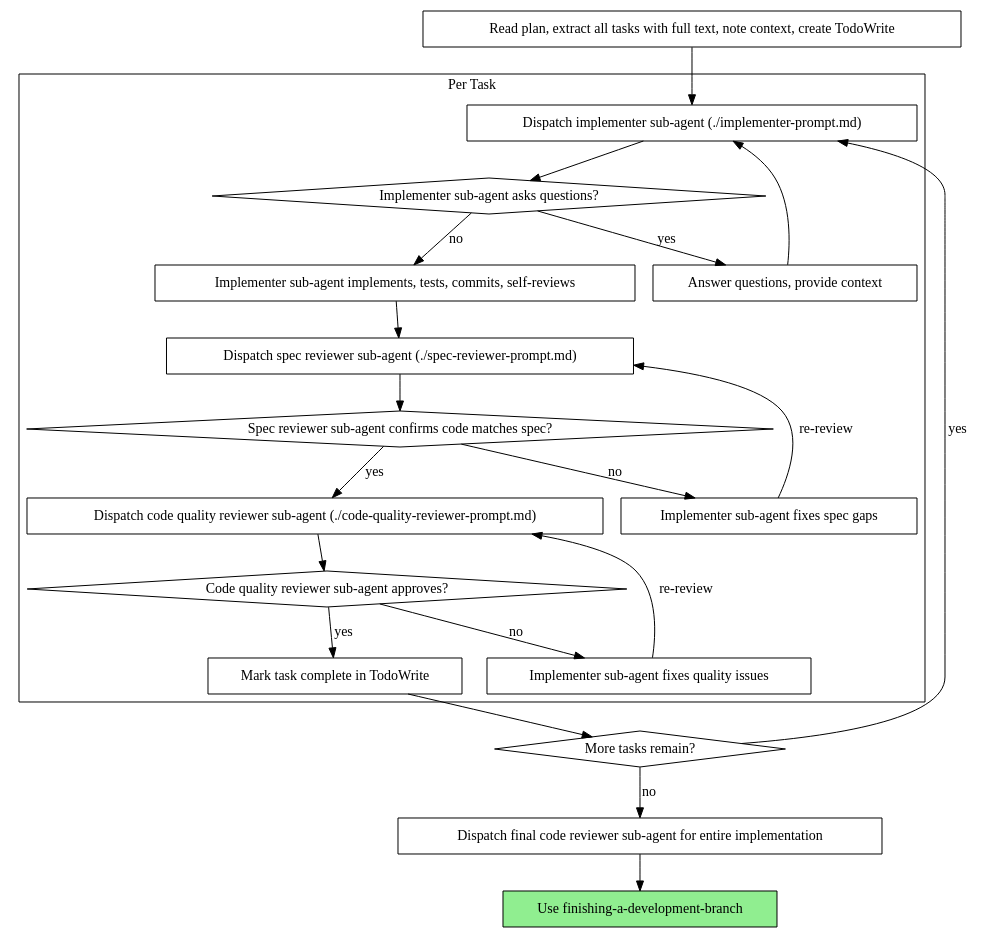
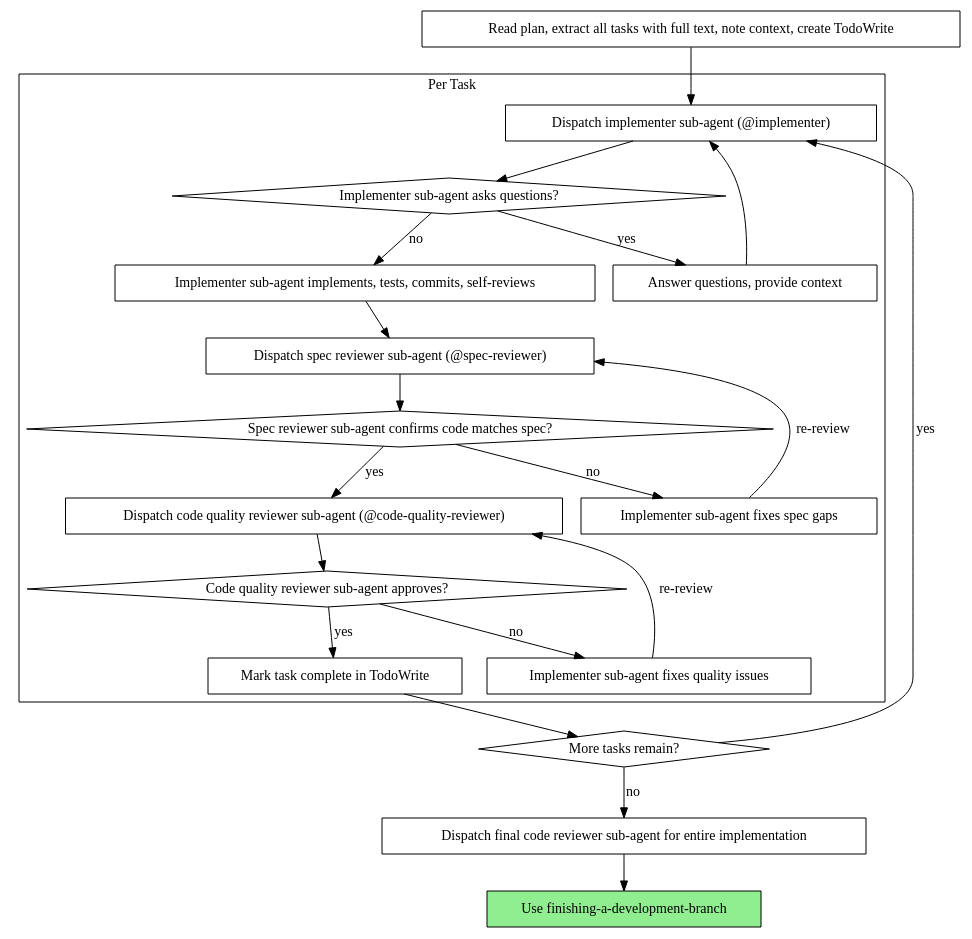
One commit to osmontero/opencode-skills changed the second of 2 diagrams in skills/subagent-driven-development/SKILL.md. Above: the diagram before and after it, drawn with Graphviz. The commit also changed other lines of this file and 15 other files, not shown here.

Commit message:
convert bundled agent templates to global agents (implementer, spec-reviewer, code-quality-reviewer, grader, comparator, analyzer) and update skills to reference them

````diff
--- a/skills/subagent-driven-development/SKILL.md
+++ b/skills/subagent-driven-development/SKILL.md
@@ -43,44 +43,44 @@
 ```dot
 digraph process {
     rankdir=TB;
 
     subgraph cluster_per_task {
         label="Per Task";
-        "Dispatch implementer sub-agent (./implementer-prompt.md)" [shape=box];
+        "Dispatch implementer sub-agent (@implementer)" [shape=box];
         "Implementer sub-agent asks questions?" [shape=diamond];
         "Answer questions, provide context" [shape=box];
         "Implementer sub-agent implements, tests, commits, self-reviews" [shape=box];
-        "Dispatch spec reviewer sub-agent (./spec-reviewer-prompt.md)" [shape=box];
+        "Dispatch spec reviewer sub-agent (@spec-reviewer)" [shape=box];
         "Spec reviewer sub-agent confirms code matches spec?" [shape=diamond];
         "Implementer sub-agent fixes spec gaps" [shape=box];
-        "Dispatch code quality reviewer sub-agent (./code-quality-reviewer-prompt.md)" [shape=box];
+        "Dispatch code quality reviewer sub-agent (@code-quality-reviewer)" [shape=box];
         "Code quality reviewer sub-agent approves?" [shape=diamond];
         "Implementer sub-agent fixes quality issues" [shape=box];
         "Mark task complete in TodoWrite" [shape=box];
     }
 
     "Read plan, extract all tasks with full text, note context, create TodoWrite" [shape=box];
     "More tasks remain?" [shape=diamond];
     "Dispatch final code reviewer sub-agent for entire implementation" [shape=box];
     "Use finishing-a-development-branch" [shape=box style=filled fillcolor=lightgreen];
 
-    "Read plan, extract all tasks with full text, note context, create TodoWrite" -> "Dispatch implementer sub-agent (./implementer-prompt.md)";
-    "Dispatch implementer sub-agent (./implementer-prompt.md)" -> "Implementer sub-agent asks questions?";
+    "Read plan, extract all tasks with full text, note context, create TodoWrite" -> "Dispatch implementer sub-agent (@implementer)";
+    "Dispatch implementer sub-agent (@implementer)" -> "Implementer sub-agent asks questions?";
     "Implementer sub-agent asks questions?" -> "Answer questions, provide context" [label="yes"];
-    "Answer questions, provide context" -> "Dispatch implementer sub-agent (./implementer-prompt.md)";
+    "Answer questions, provide context" -> "Dispatch implementer sub-agent (@implementer)";
     "Implementer sub-agent asks questions?" -> "Implementer sub-agent implements, tests, commits, self-reviews" [label="no"];
-    "Implementer sub-agent implements, tests, commits, self-reviews" -> "Dispatch spec reviewer sub-agent (./spec-reviewer-prompt.md)";
-    "Dispatch spec reviewer sub-agent (./spec-reviewer-prompt.md)" -> "Spec reviewer sub-agent confirms code matches spec?";
+    "Implementer sub-agent implements, tests, commits, self-reviews" -> "Dispatch spec reviewer sub-agent (@spec-reviewer)";
+    "Dispatch spec reviewer sub-agent (@spec-reviewer)" -> "Spec reviewer sub-agent confirms code matches spec?";
     "Spec reviewer sub-agent confirms code matches spec?" -> "Implementer sub-agent fixes spec gaps" [label="no"];
-    "Implementer sub-agent fixes spec gaps" -> "Dispatch spec reviewer sub-agent (./spec-reviewer-prompt.md)" [label="re-review"];
-    "Spec reviewer sub-agent confirms code matches spec?" -> "Dispatch code quality reviewer sub-agent (./code-quality-reviewer-prompt.md)" [label="yes"];
-    "Dispatch code quality reviewer sub-agent (./code-quality-reviewer-prompt.md)" -> "Code quality reviewer sub-agent approves?";
+    "Implementer sub-agent fixes spec gaps" -> "Dispatch spec reviewer sub-agent (@spec-reviewer)" [label="re-review"];
+    "Spec reviewer sub-agent confirms code matches spec?" -> "Dispatch code quality reviewer sub-agent (@code-quality-reviewer)" [label="yes"];
+    "Dispatch code quality reviewer sub-agent (@code-quality-reviewer)" -> "Code quality reviewer sub-agent approves?";
     "Code quality reviewer sub-agent approves?" -> "Implementer sub-agent fixes quality issues" [label="no"];
-    "Implementer sub-agent fixes quality issues" -> "Dispatch code quality reviewer sub-agent (./code-quality-reviewer-prompt.md)" [label="re-review"];
+    "Implementer sub-agent fixes quality issues" -> "Dispatch code quality reviewer sub-agent (@code-quality-reviewer)" [label="re-review"];
     "Code quality reviewer sub-agent approves?" -> "Mark task complete in TodoWrite" [label="yes"];
     "Mark task complete in TodoWrite" -> "More tasks remain?";
-    "More tasks remain?" -> "Dispatch implementer sub-agent (./implementer-prompt.md)" [label="yes"];
+    "More tasks remain?" -> "Dispatch implementer sub-agent (@implementer)" [label="yes"];
     "More tasks remain?" -> "Dispatch final code reviewer sub-agent for entire implementation" [label="no"];
     "Dispatch final code reviewer sub-agent for entire implementation" -> "Use finishing-a-development-branch";
 }
 ```
````
